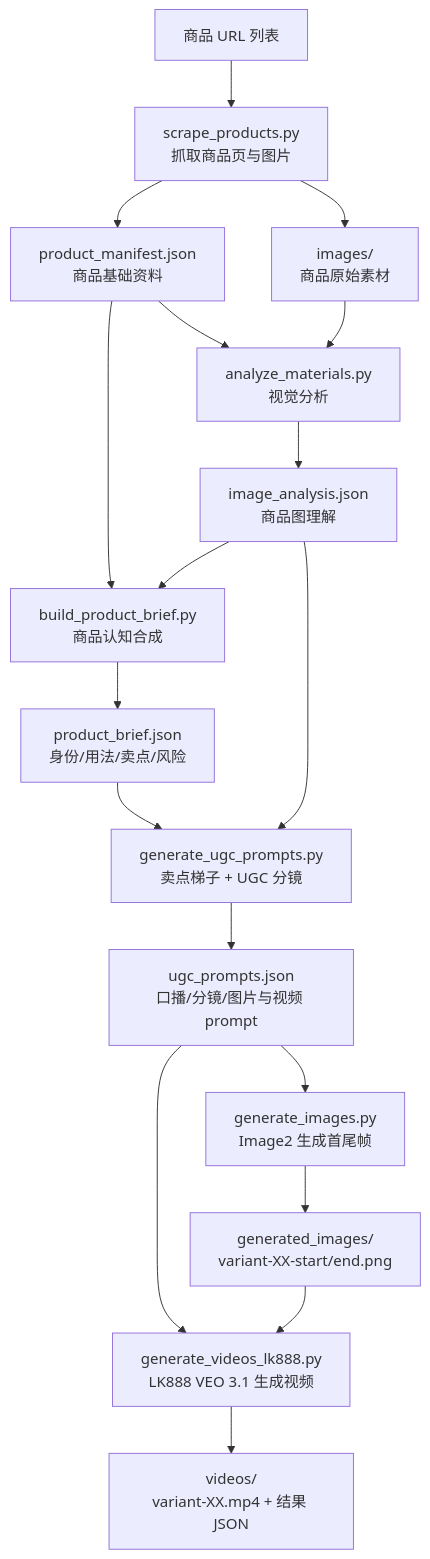
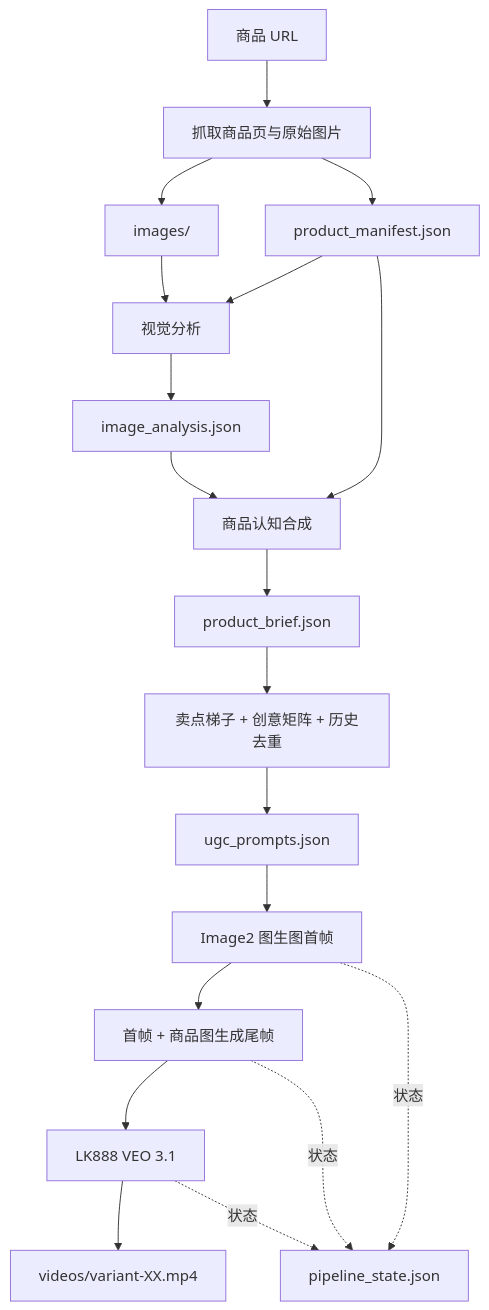
One commit to peipeijiang/product-ugc-pipeline changed the second of 2 diagrams in README.md. Above: the diagram before and after it, drawn with Mermaid. The commit also changed other lines of this file and 2 other files, not shown here.

````diff
--- a/README.md
+++ b/README.md
@@ -36,20 +108,21 @@
 ```mermaid
 flowchart TD
-    A["商品 URL 列表"] --> B["scrape_products.py<br/>抓取商品页与图片"]
-    B --> C["product_manifest.json<br/>商品基础资料"]
-    B --> D["images/<br/>商品原始素材"]
-    C --> E["analyze_materials.py<br/>视觉分析"]
+    A["商品 URL"] --> B["抓取商品页与原始图片"]
+    B --> C["product_manifest.json"]
+    B --> D["images/"]
+    C --> E["视觉分析"]
     D --> E
-    E --> F["image_analysis.json<br/>商品图理解"]
-    C --> G["build_product_brief.py<br/>商品认知合成"]
+    E --> F["image_analysis.json"]
+    C --> G["商品认知合成"]
     F --> G
-    G --> H["product_brief.json<br/>身份/用法/卖点/风险"]
-    H --> I["generate_ugc_prompts.py<br/>卖点梯子 + UGC 分镜"]
-    F --> I
-    I --> J["ugc_prompts.json<br/>口播/分镜/图片与视频 prompt"]
-    J --> K["generate_images.py<br/>Image2 生成首尾帧"]
-    K --> L["generated_images/<br/>variant-XX-start/end.png"]
-    J --> M["generate_videos_lk888.py<br/>LK888 VEO 3.1 生成视频"]
-    L --> M
-    M --> N["videos/<br/>variant-XX.mp4 + 结果 JSON"]
+    G --> H["product_brief.json"]
+    H --> I["卖点梯子 + 创意矩阵 + 历史去重"]
+    I --> J["ugc_prompts.json"]
+    J --> K["Image2 图生图首帧"]
+    K --> L["首帧 + 商品图生成尾帧"]
+    L --> M["LK888 VEO 3.1"]
+    M --> N["videos/variant-XX.mp4"]
+    K -.状态.-> O["pipeline_state.json"]
+    L -.状态.-> O
+    M -.状态.-> O
 ```
````
